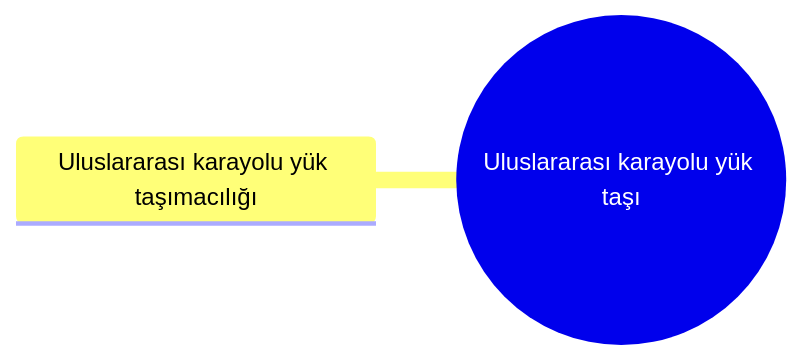
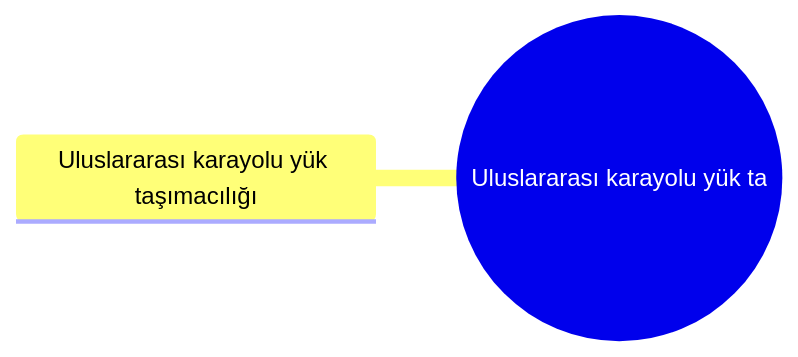
The diagram in 02 İşletmeler/12 Lojistik & Taşımacılık/Uluslararası karayolu yük taşımacılığı/Dal – Uluslararası karayolu yük taşımacılığı.md (sametkarabulut-dev/xfuturepos-v2), drawn with Mermaid before and after one commit. The commit also changed other lines of this file and 241 other files, not shown here.

````diff
--- a/02 İşletmeler/12 Lojistik & Taşımacılık/Uluslararası karayolu yük taşımacılığı/Dal – Uluslararası karayolu yük taşımacılığı.md
+++ b/02 İşletmeler/12 Lojistik & Taşımacılık/Uluslararası karayolu yük taşımacılığı/Dal – Uluslararası karayolu yük taşımacılığı.md
@@ -22,5 +22,5 @@
 ```mermaid
 mindmap
-  root((Uluslararası karayolu yük taşı))
+  root((Uluslararası karayolu yük ta))
     Uluslararası karayolu yük taşımacılığı
 ```
````
